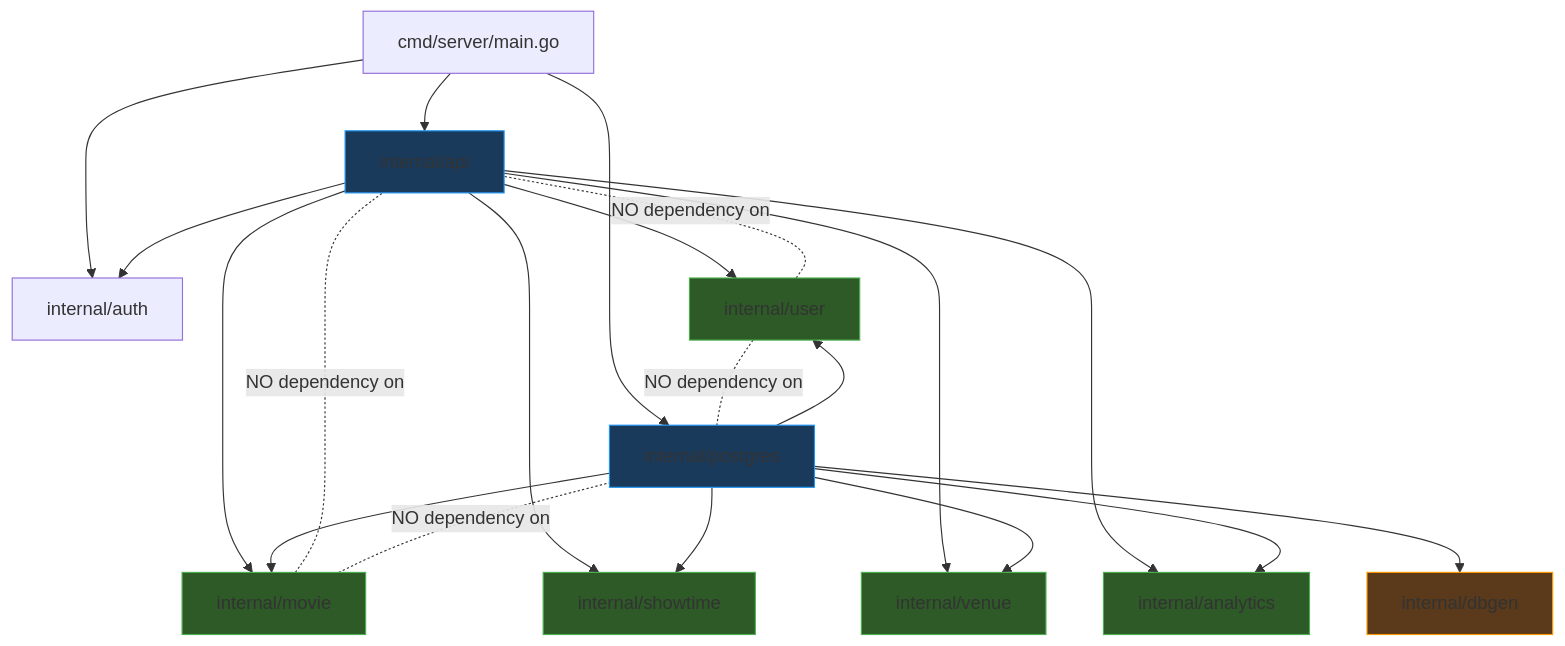
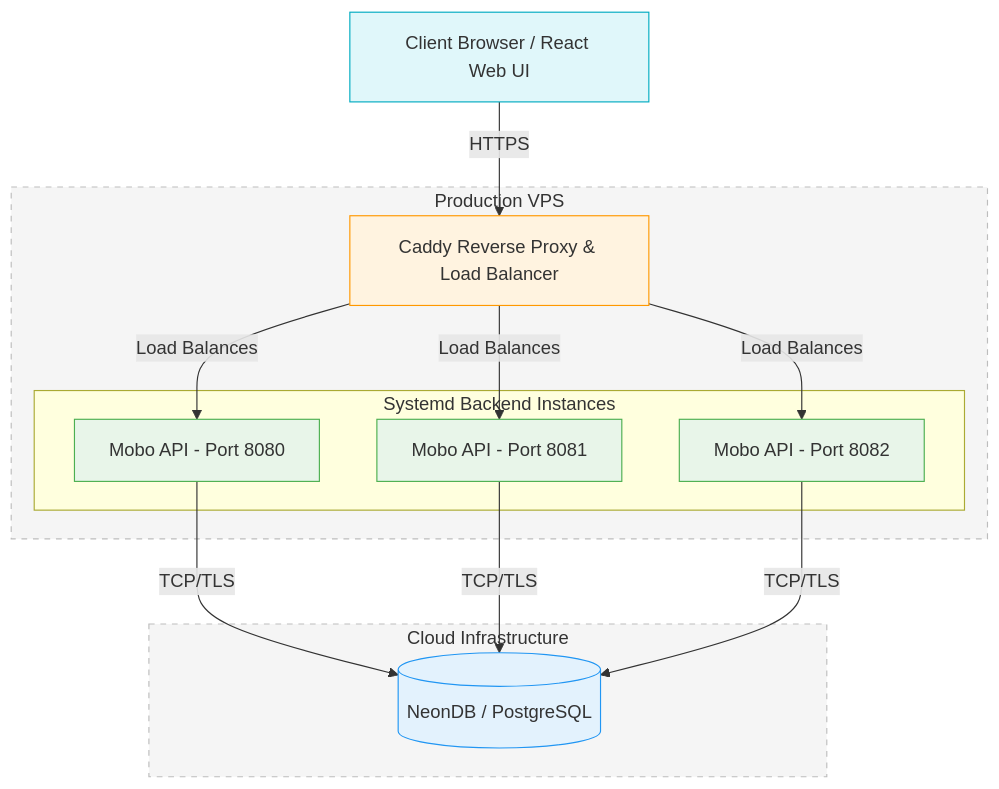
Before and after one commit to mbeka02/mobo: the diagram in README.md, drawn with Mermaid. The commit also changed other lines of this file, not shown here.

Commit message:
docs: update README with production deployment architecture and revised project structure

````diff
--- a/README.md
+++ b/README.md
@@ -13,34 +9,35 @@
 ```mermaid
 graph TD
-    CMD[cmd/server/main.go] --> HTTP[internal/api]
-    CMD --> PG[internal/postgres]
-    CMD --> AUTH_INFRA[internal/auth]
+    Client[Client Browser / React Web UI] -->|HTTPS| Caddy[Caddy Reverse Proxy & Load Balancer]
+    
+    subgraph VPS[Production VPS]
+        Caddy
+        
+        subgraph API[Systemd Backend Instances]
+            App1[Mobo API - Port 8080]
+            App2[Mobo API - Port 8081]
+            App3[Mobo API - Port 8082]
+        end
+        
+        Caddy -->|Load Balances| App1
+        Caddy -->|Load Balances| App2
+        Caddy -->|Load Balances| App3
+    end
+    
+    subgraph Cloud[Cloud Infrastructure]
+        DB[(NeonDB / PostgreSQL)]
+    end
+    
+    App1 -->|TCP/TLS| DB
+    App2 -->|TCP/TLS| DB
+    App3 -->|TCP/TLS| DB
 
-    HTTP --> USER_DOM[internal/user]
-    HTTP --> MOVIE_DOM[internal/movie]
-    HTTP --> SHOW_DOM[internal/showtime]
-    HTTP --> VENUE_DOM[internal/venue]
-    HTTP --> DASH_DOM[internal/analytics]
-    HTTP --> AUTH_INFRA
-
-    PG --> USER_DOM
-    PG --> MOVIE_DOM
-    PG --> SHOW_DOM
-    PG --> VENUE_DOM
-    PG --> DASH_DOM
-    PG --> DB[internal/dbgen]
-
-    USER_DOM -.- |"NO dependency on"| HTTP
-    USER_DOM -.- |"NO dependency on"| PG
-    MOVIE_DOM -.- |"NO dependency on"| HTTP
-    MOVIE_DOM -.- |"NO dependency on"| PG
-
-    style USER_DOM fill:#2d5a27,stroke:#4caf50
-    style MOVIE_DOM fill:#2d5a27,stroke:#4caf50
-    style SHOW_DOM fill:#2d5a27,stroke:#4caf50
-    style VENUE_DOM fill:#2d5a27,stroke:#4caf50
-    style DASH_DOM fill:#2d5a27,stroke:#4caf50
-    style HTTP fill:#1a3a5c,stroke:#2196f3
-    style PG fill:#1a3a5c,stroke:#2196f3
-    style DB fill:#5a3a1a,stroke:#ff9800
+    style Client fill:#e0f7fa,stroke:#00acc1
+    style Caddy fill:#fff3e0,stroke:#ff9800
+    style App1 fill:#e8f5e9,stroke:#4caf50
+    style App2 fill:#e8f5e9,stroke:#4caf50
+    style App3 fill:#e8f5e9,stroke:#4caf50
+    style DB fill:#e3f2fd,stroke:#2196f3
+    style VPS fill:#f5f5f5,stroke:#bdbdbd,stroke-dasharray: 5 5
+    style Cloud fill:#f5f5f5,stroke:#bdbdbd,stroke-dasharray: 5 5
 ```
````
